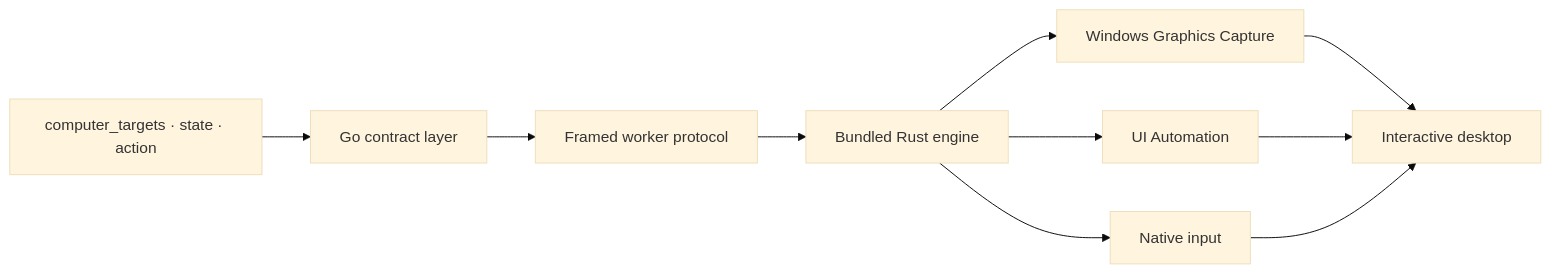
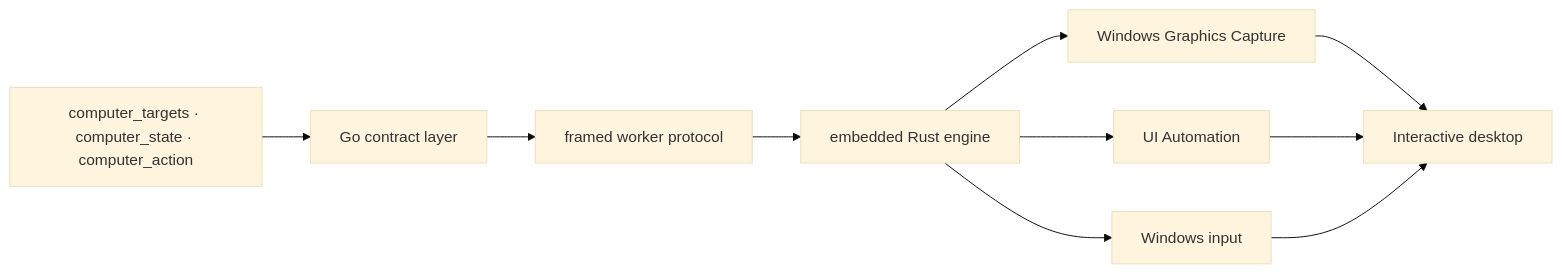
One commit to hicancan/local-runtime-mcp changed the sixth of 7 diagrams in README.md. Above: the diagram before and after it, drawn with Mermaid (base theme). The commit also changed other lines of this file and 21 other files, not shown here.

````diff
--- a/README.md
+++ b/README.md
@@ -149,12 +204,12 @@
 ```mermaid
 flowchart LR
-    TOOLS[computer_targets · state · action] --> CONTRACT[Go contract layer]
-    CONTRACT --> IPC[Framed worker protocol]
-    IPC --> RUST[Bundled Rust engine]
+    TOOLS[computer_targets · computer_state · computer_action] --> CONTRACT[Go contract layer]
+    CONTRACT --> IPC[framed worker protocol]
+    IPC --> RUST[embedded Rust engine]
     RUST --> WGC[Windows Graphics Capture]
     RUST --> UIA[UI Automation]
-    RUST --> INPUT[Native input]
+    RUST --> INPUT[Windows input]
     WGC --> DESKTOP[Interactive desktop]
     UIA --> DESKTOP
     INPUT --> DESKTOP
 ```
````
